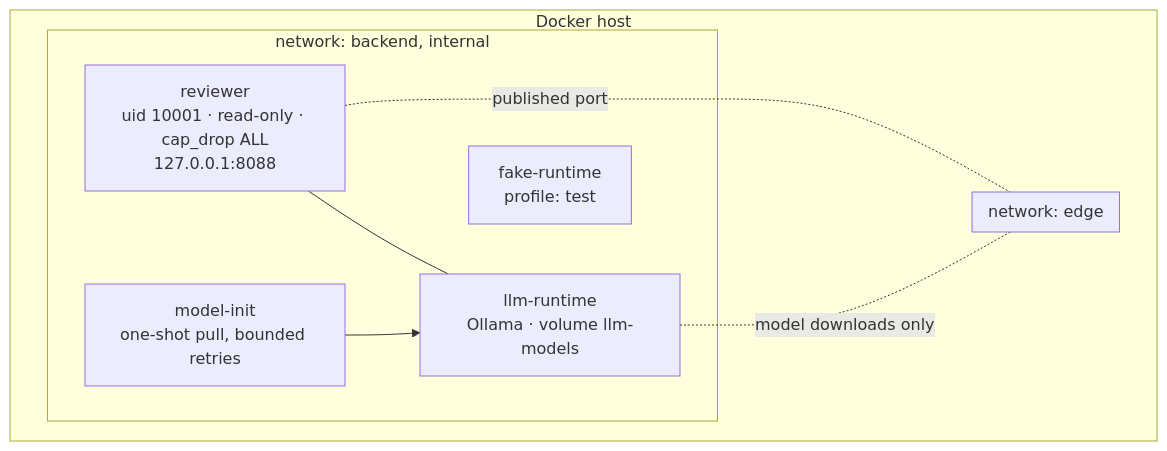
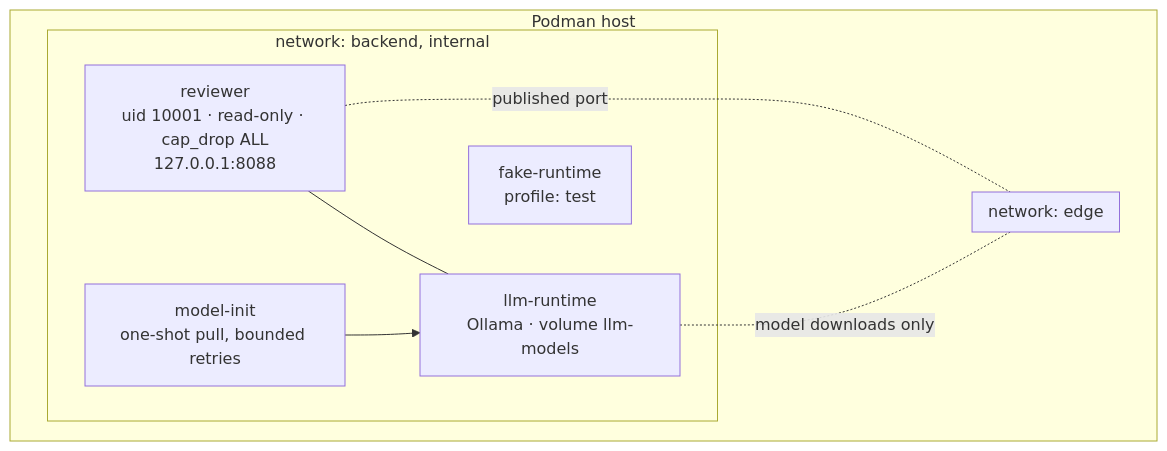
Before and after one commit to munafsheikh/ai-code-reviewers: the third of 3 diagrams in docs/architecture/overview.md, drawn with Mermaid. The commit also changed 37 other files, not shown here.

````diff
--- a/docs/architecture/overview.md
+++ b/docs/architecture/overview.md
@@ -90,18 +90,18 @@
 ```mermaid
 flowchart TB
-  subgraph host[Docker host]
+  subgraph host[Podman host]
     subgraph edge[network: edge]
       direction LR
     end
     subgraph backend[network: backend, internal]
       reviewer[reviewer<br/>uid 10001 · read-only · cap_drop ALL<br/>127.0.0.1:8088]
       runtime[llm-runtime<br/>Ollama · volume llm-models]
       init[model-init<br/>one-shot pull, bounded retries]
       fake[fake-runtime<br/>profile: test]
     end
   end
   reviewer --- runtime
   init --> runtime
   runtime -. model downloads only .- edge
   reviewer -. published port .- edge
 ```
````
